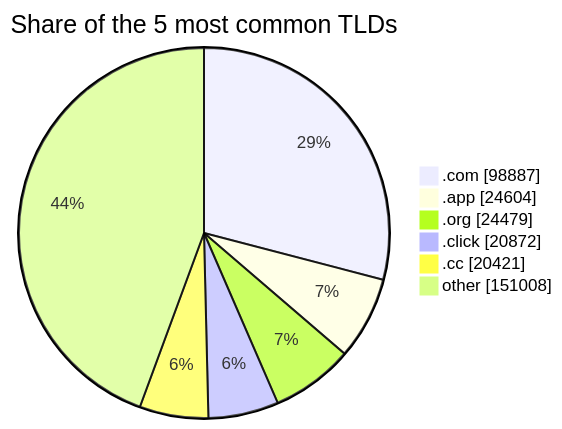
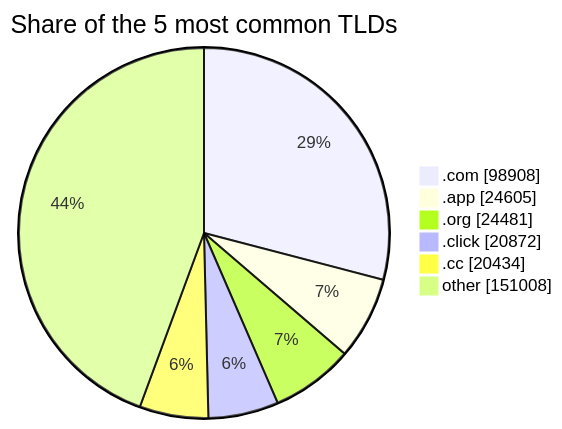
The third of 3 diagrams in README.md (DNSBunker/CTI), drawn with Mermaid before and after one commit. The commit also changed other lines of this file and 4 other files, not shown here.

````diff
--- a/README.md
+++ b/README.md
@@ -81,9 +81,9 @@
 ```mermaid
 pie showData title Share of the 5 most common TLDs
-    ".com" : 98887
-    ".app" : 24604
-    ".org" : 24479
+    ".com" : 98908
+    ".app" : 24605
+    ".org" : 24481
     ".click" : 20872
-    ".cc" : 20421
+    ".cc" : 20434
     "other" : 151008
 ```
````
